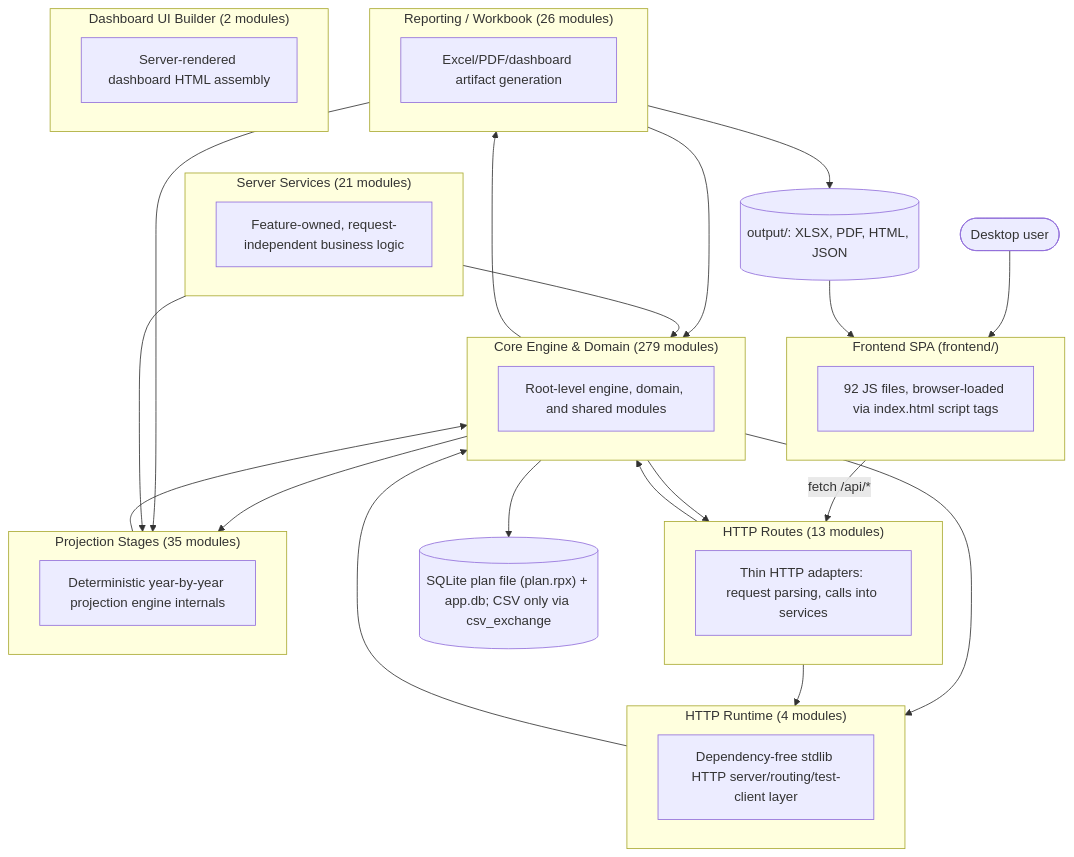
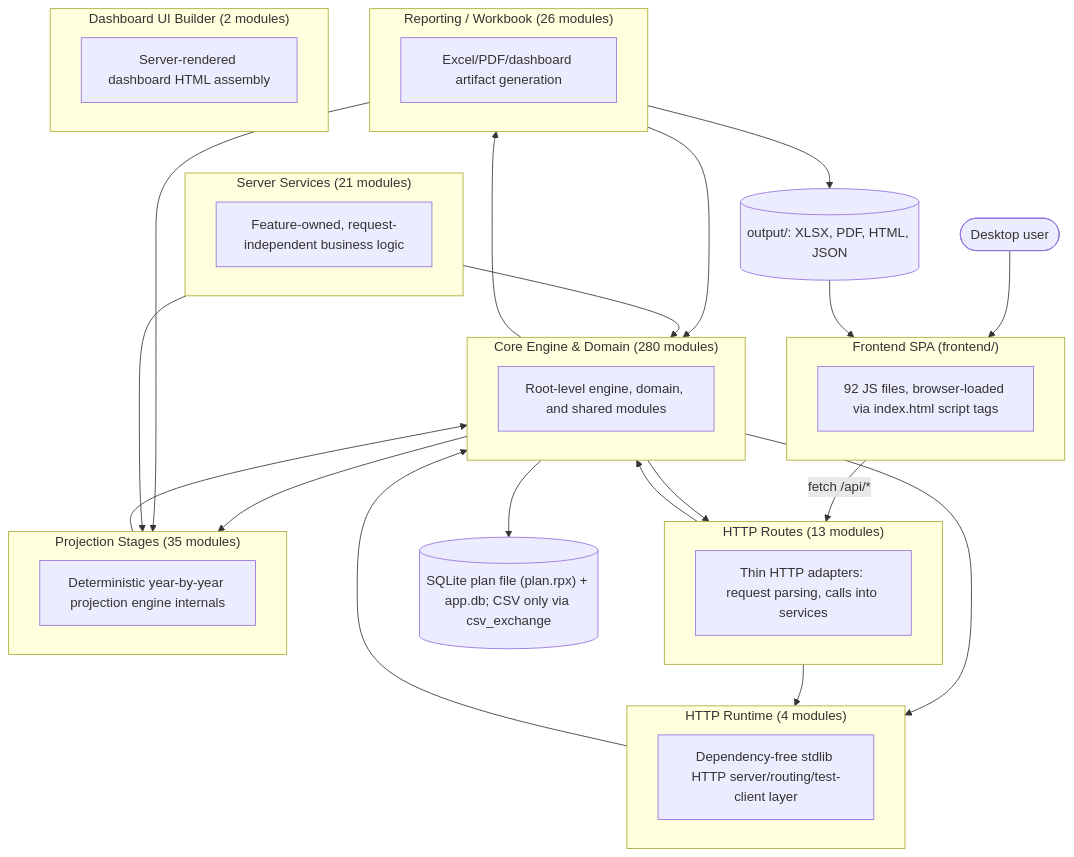
Before and after one commit to matthartzman/retirement_system: the first of 2 diagrams in documentation/reference/SYSTEM_ARCHITECTURE_DIAGRAM.md, drawn with Mermaid. The commit also changed other lines of this file and 7 other files, not shown here.

````diff
--- a/documentation/reference/SYSTEM_ARCHITECTURE_DIAGRAM.md
+++ b/documentation/reference/SYSTEM_ARCHITECTURE_DIAGRAM.md
@@ -11,44 +11,44 @@
 ```mermaid
 flowchart TB
     User(["Desktop user"]) --> FE
     subgraph FE["Frontend SPA (frontend/)"]
         FEcount["92 JS files, browser-loaded via index.html script tags"]
     end
     FE -->|fetch /api/*| L_HTTP_Routes
     subgraph L_HTTP_Routes["HTTP Routes (13 modules)"]
         L_HTTP_Routes_d["Thin HTTP adapters: request parsing, calls into services"]
     end
     subgraph L_Server_Services["Server Services (21 modules)"]
         L_Server_Services_d["Feature-owned, request-independent business logic"]
     end
     subgraph L_HTTP_Runtime["HTTP Runtime (4 modules)"]
         L_HTTP_Runtime_d["Dependency-free stdlib HTTP server/routing/test-client layer"]
     end
-    subgraph L_Core_Engine___Domain["Core Engine & Domain (279 modules)"]
+    subgraph L_Core_Engine___Domain["Core Engine & Domain (280 modules)"]
         L_Core_Engine___Domain_d["Root-level engine, domain, and shared modules"]
     end
     subgraph L_Projection_Stages["Projection Stages (35 modules)"]
         L_Projection_Stages_d["Deterministic year-by-year projection engine internals"]
     end
     subgraph L_Reporting___Workbook["Reporting / Workbook (26 modules)"]
         L_Reporting___Workbook_d["Excel/PDF/dashboard artifact generation"]
     end
     subgraph L_Dashboard_UI_Builder["Dashboard UI Builder (2 modules)"]
         L_Dashboard_UI_Builder_d["Server-rendered dashboard HTML assembly"]
     end
     L_Core_Engine___Domain --> L_HTTP_Routes
     L_Core_Engine___Domain --> L_HTTP_Runtime
     L_Core_Engine___Domain --> L_Projection_Stages
     L_Core_Engine___Domain --> L_Reporting___Workbook
     L_HTTP_Routes --> L_Core_Engine___Domain
     L_HTTP_Routes --> L_HTTP_Runtime
     L_HTTP_Runtime --> L_Core_Engine___Domain
     L_Projection_Stages --> L_Core_Engine___Domain
     L_Reporting___Workbook --> L_Core_Engine___Domain
     L_Reporting___Workbook --> L_Projection_Stages
     L_Server_Services --> L_Core_Engine___Domain
     L_Server_Services --> L_Projection_Stages
     L_Core_Engine___Domain --> DB[("SQLite plan file (plan.rpx) + app.db; CSV only via csv_exchange")]
     L_Reporting___Workbook --> Outputs[("output/: XLSX, PDF, HTML, JSON")]
     Outputs --> FE
 ```
````
